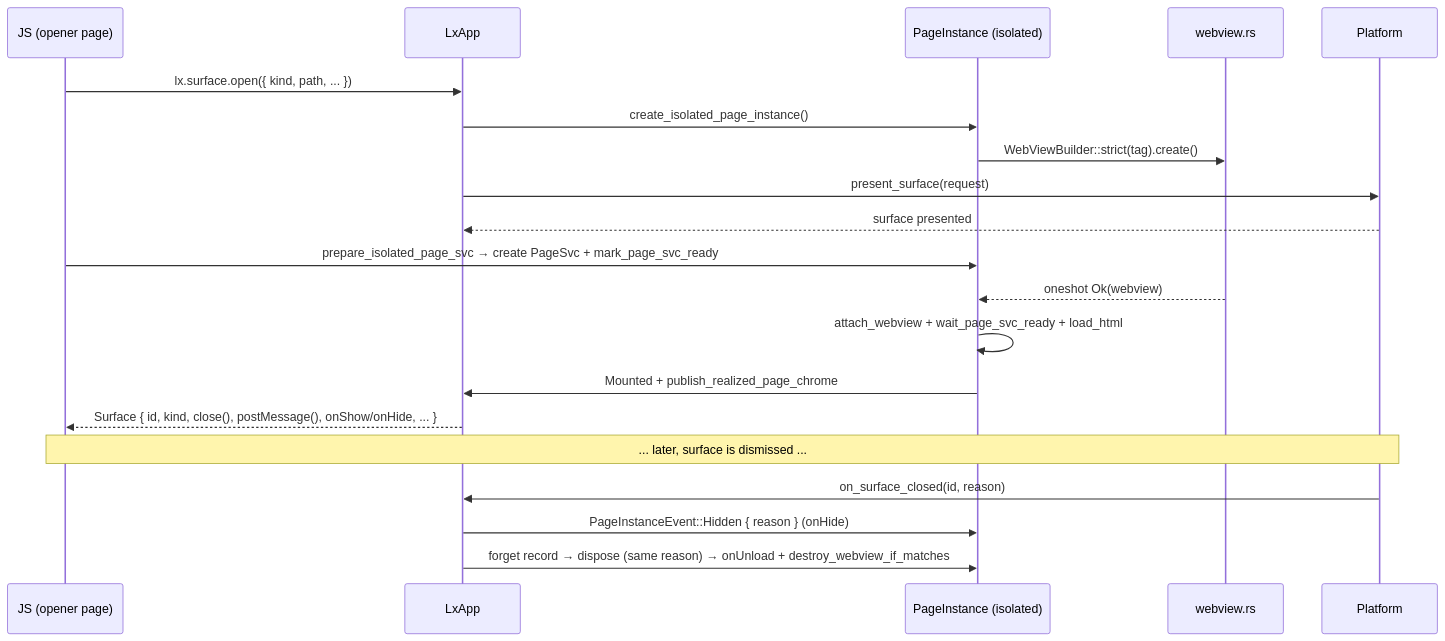
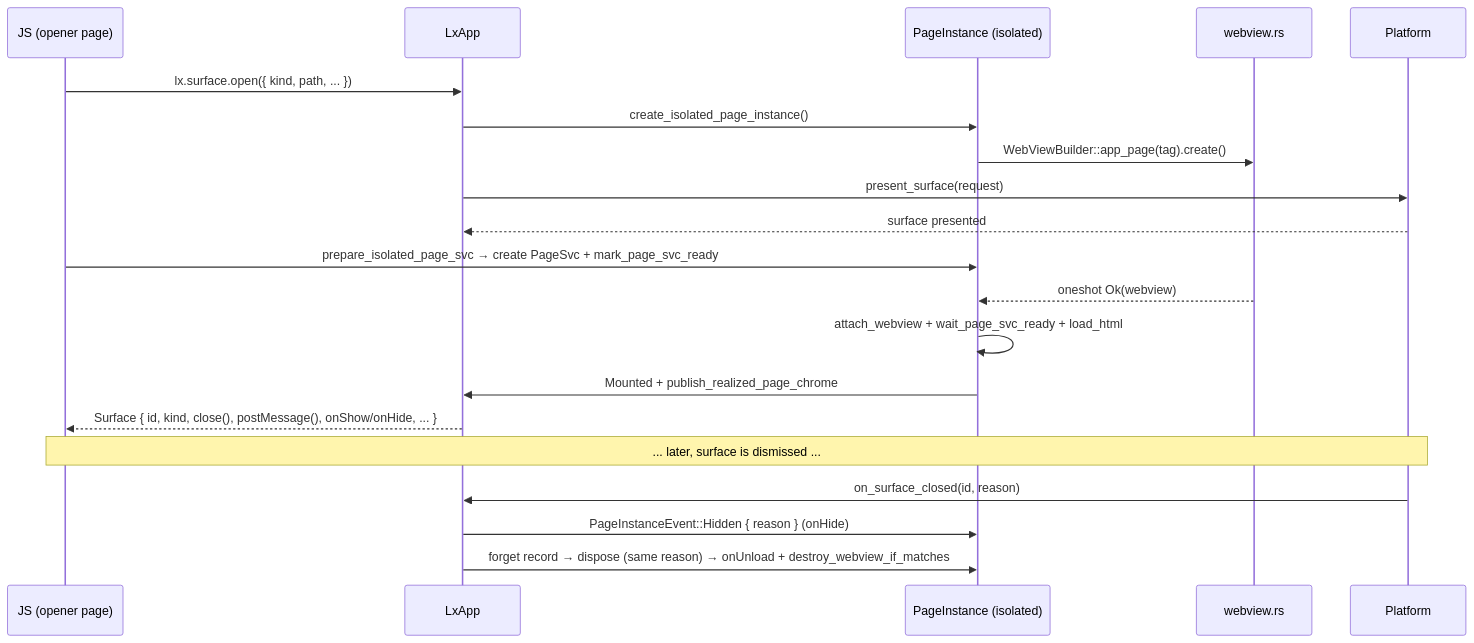
The second of 5 diagrams in docs/internal/webview-lifecycle.md (LingXia-Dev/LingXia), drawn with Mermaid before and after one commit. The commit also changed other lines of this file, not shown here.

First line of the commit message:
docs(internal): state the WebView lifecycle as the code has it

````diff
--- a/docs/internal/webview-lifecycle.md
+++ b/docs/internal/webview-lifecycle.md
@@ -1186,25 +1179,25 @@
 ```mermaid
 sequenceDiagram
   participant JS as JS (opener page)
   participant LxApp
   participant PI as PageInstance (isolated)
   participant Core as webview.rs
   participant Platform
 
   JS->>LxApp: lx.surface.open({ kind, path, ... })
   LxApp->>PI: create_isolated_page_instance()
-  PI->>Core: WebViewBuilder::strict(tag).create()
+  PI->>Core: WebViewBuilder::app_page(tag).create()
   LxApp->>Platform: present_surface(request)
   Platform-->>LxApp: surface presented
   JS->>PI: prepare_isolated_page_svc → create PageSvc + mark_page_svc_ready
   Core-->>PI: oneshot Ok(webview)
   PI->>PI: attach_webview + wait_page_svc_ready + load_html
   PI->>LxApp: Mounted + publish_realized_page_chrome
   LxApp-->>JS: Surface { id, kind, close(), postMessage(), onShow/onHide, ... }
 
   Note over JS,Platform: ... later, surface is dismissed ...
 
   Platform->>LxApp: on_surface_closed(id, reason)
   LxApp->>PI: PageInstanceEvent::Hidden { reason } (onHide)
   LxApp->>PI: forget record → dispose (same reason) → onUnload + destroy_webview_if_matches
 ```
````
